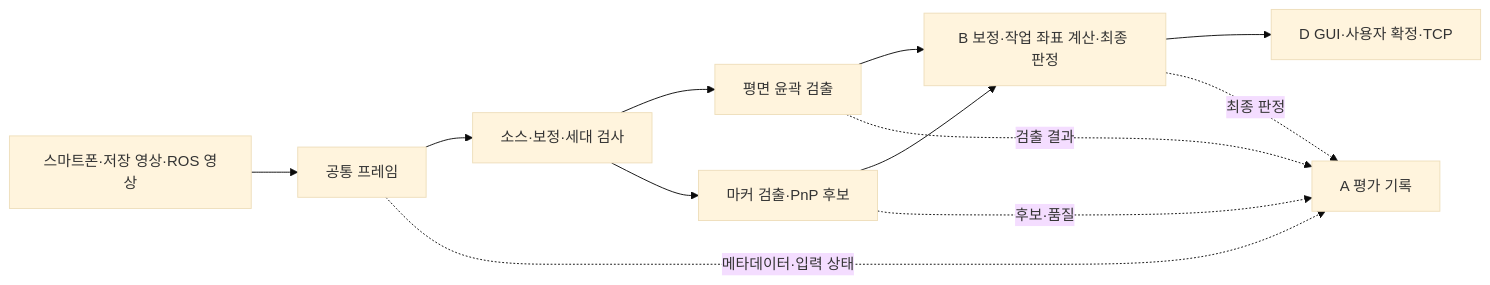
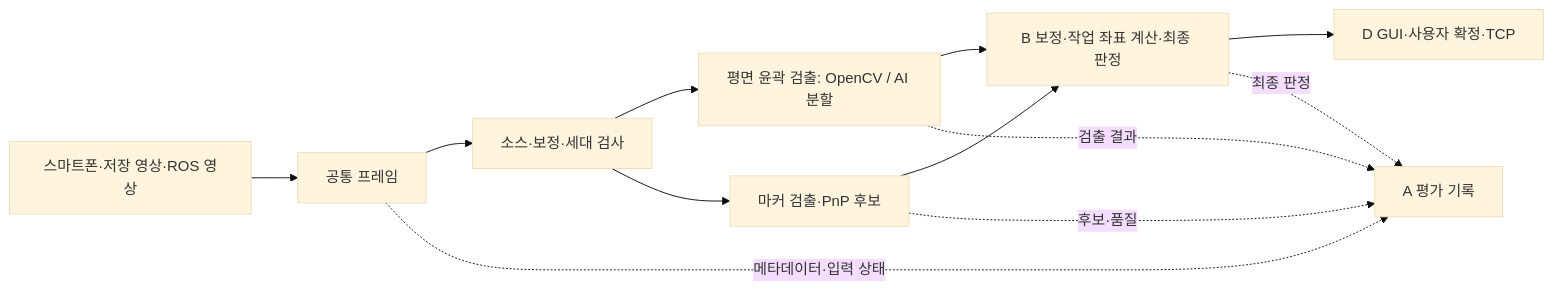
The diagram in docs/design/A담당_비전_상세설계.md (didgustmd23/EyetoArm), drawn with Mermaid (base theme) before and after one commit. The commit also changed other lines of this file and 3 other files, not shown here.

````diff
--- a/docs/design/A담당_비전_상세설계.md
+++ b/docs/design/A담당_비전_상세설계.md
@@ -42,14 +46,14 @@
 ```mermaid
 flowchart LR
     Sources[스마트폰·저장 영상·ROS 영상] --> Input[공통 프레임]
     Input --> Check[소스·보정·세대 검사]
-    Check --> Planar[평면 윤곽 검출]
+    Check --> Planar[평면 윤곽 검출: OpenCV / AI 분할]
     Check --> Marker[마커 검출·PnP 후보]
     Planar --> B[B 보정·작업 좌표 계산·최종 판정]
     Marker --> B
     B --> D[D GUI·사용자 확정·TCP]
     Input -. 메타데이터·입력 상태 .-> Log[A 평가 기록]
     Planar -. 검출 결과 .-> Log
     Marker -. 후보·품질 .-> Log
     B -. 최종 판정 .-> Log
 ```
````
